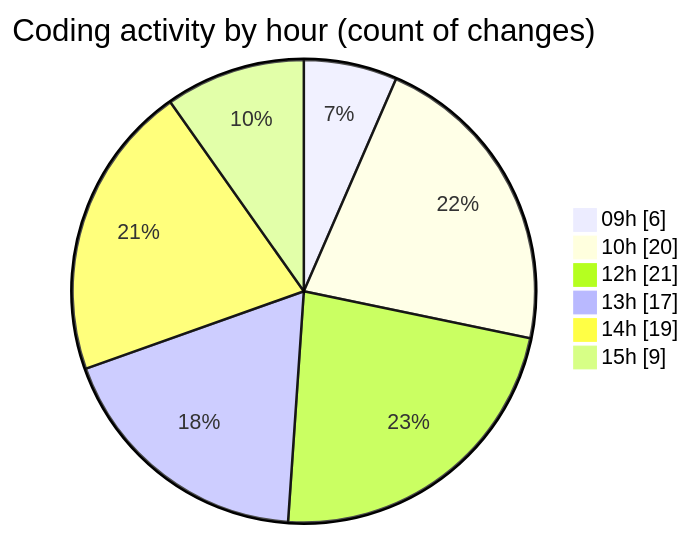
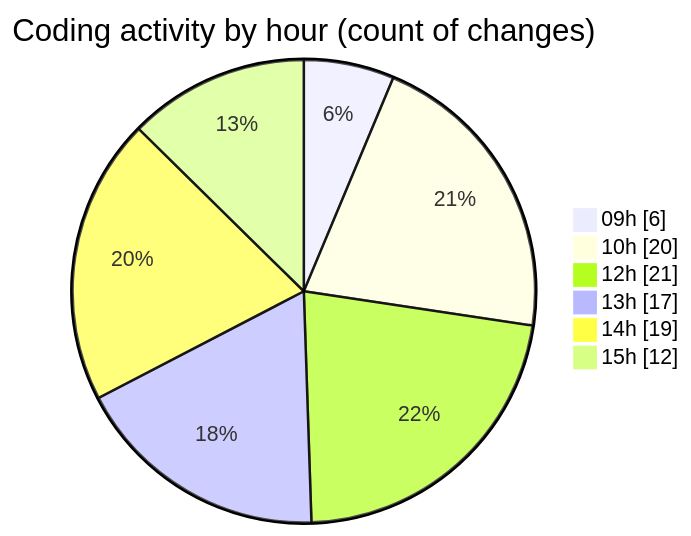
One commit to becaeroporto-bot/code-tracking changed the second of 2 diagrams in 2026-02-18/bot_v1_2/README.md. Above: the diagram before and after it, drawn with Mermaid. The commit also changed other lines of this file and 1 other file, not shown here.

````diff
--- a/2026-02-18/bot_v1_2/README.md
+++ b/2026-02-18/bot_v1_2/README.md
@@ -55,10 +55,10 @@
 ```mermaid
 pie showData
 title Coding activity by hour (count of changes)
 "09h" : 6
 "10h" : 20
 "12h" : 21
 "13h" : 17
 "14h" : 19
-"15h" : 9
+"15h" : 12
 ```
````
